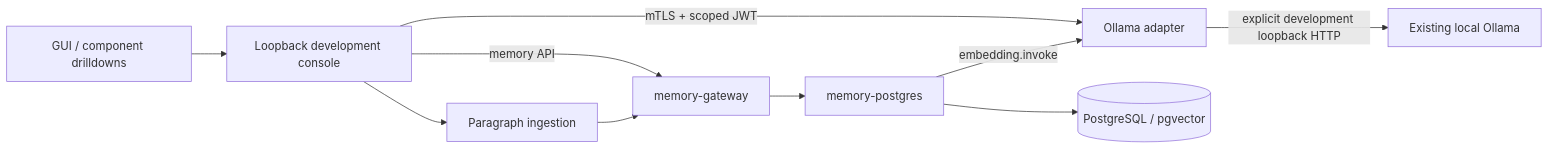
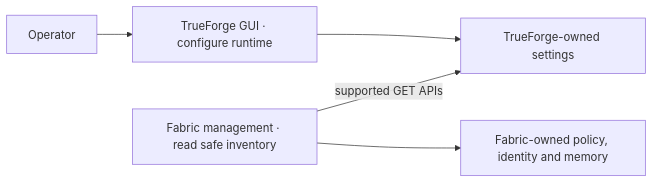
One commit to diaryfolio/aiops-fabric-docs changed the diagram in docs/design/high-level/01-project-status-and-local-ai-plan.md. Above: the diagram before and after it, drawn with Mermaid. The commit also changed other lines of this file and 57 other files, not shown here.

````diff
--- a/docs/design/high-level/01-project-status-and-local-ai-plan.md
+++ b/docs/design/high-level/01-project-status-and-local-ai-plan.md
@@ -65,12 +22,7 @@
 ```mermaid
 flowchart LR
-    Browser["GUI / component drilldowns"] --> Console["Loopback development console"]
-    Console -->|"mTLS + scoped JWT"| Adapter["Ollama adapter"]
-    Adapter -->|"explicit development loopback HTTP"| Ollama["Existing local Ollama"]
-    Console -->|"memory API"| Memory["memory-gateway"]
-    Ingestion["Paragraph ingestion"] --> Memory
-    Memory --> Postgres["memory-postgres"]
-    Postgres -->|"embedding.invoke"| Adapter
-    Postgres --> DB[("PostgreSQL / pgvector")]
-    Console --> Ingestion
+    Operator["Operator"] --> Native["TrueForge GUI · configure runtime"]
+    Native --> State["TrueForge-owned settings"]
+    Fabric["Fabric management · read safe inventory"] -->|"supported GET APIs"| State
+    Fabric --> Controls["Fabric-owned policy, identity and memory"]
 ```
````
